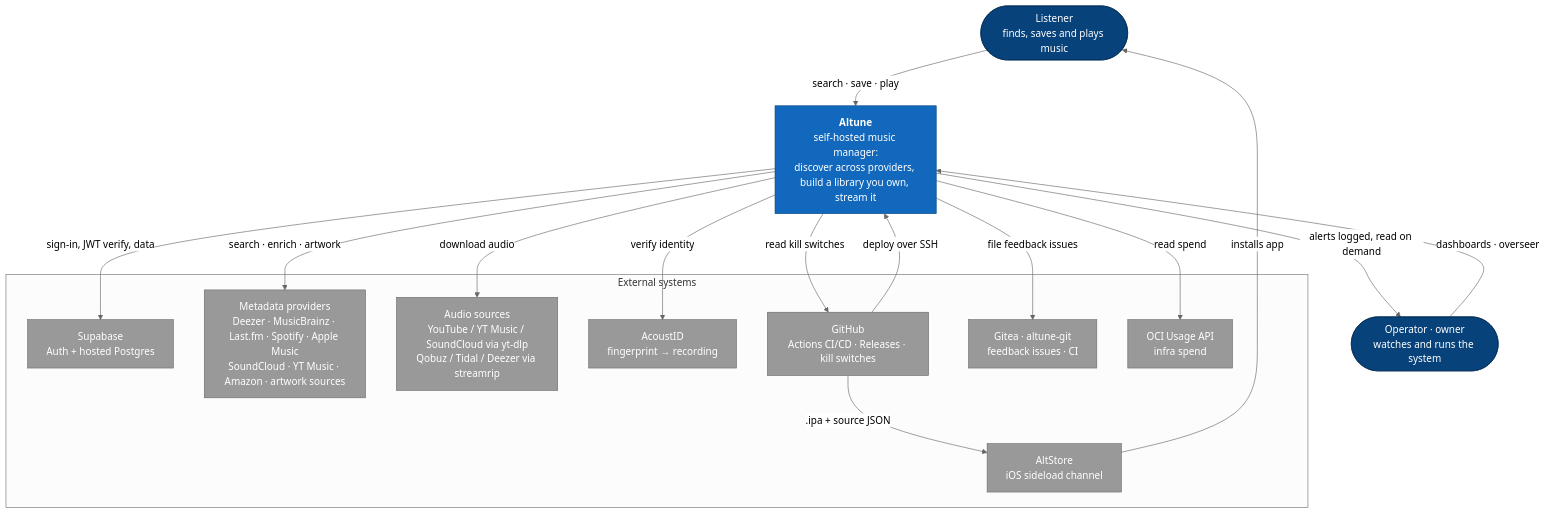
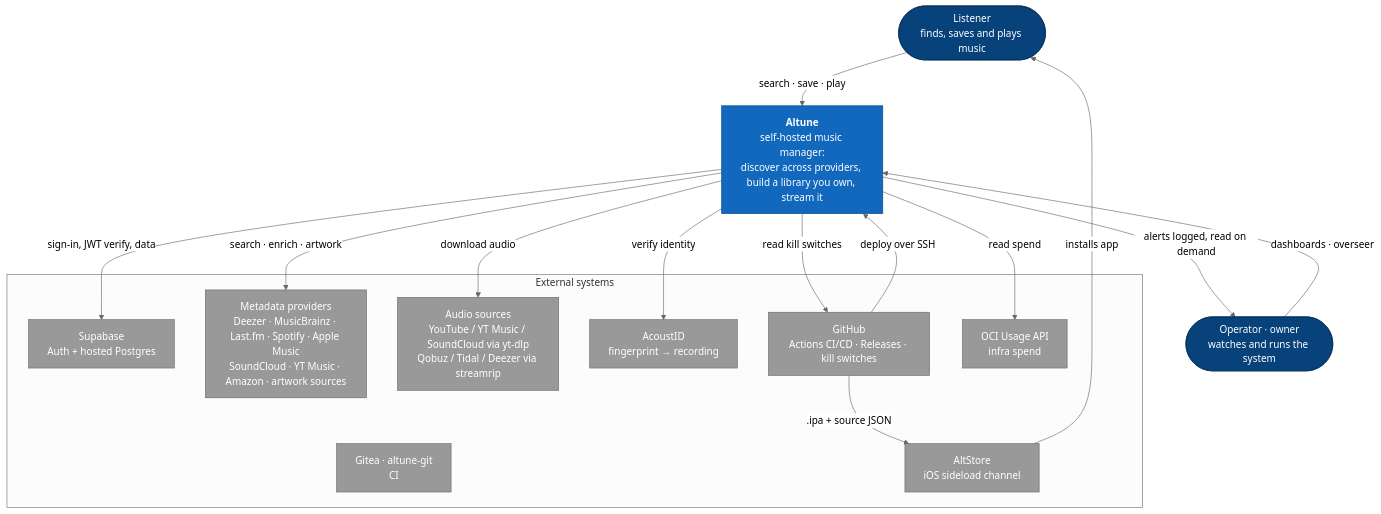
Before and after one commit to aleburrascano/altune: the first of 3 diagrams in docs/diagrams/system.md, drawn with Mermaid (neutral theme). The commit also changed other lines of this file and 42 other files, not shown here.

````diff
--- a/docs/diagrams/system.md
+++ b/docs/diagrams/system.md
@@ -7,39 +7,38 @@
 ```mermaid
 flowchart TD
     listener(["Listener<br/>finds, saves and plays music"])
     operator(["Operator · owner<br/>watches and runs the system"])
 
     altune["<b>Altune</b><br/>self-hosted music manager:<br/>discover across providers, build a library you own, stream it"]
 
     subgraph ext [External systems]
         supa["Supabase<br/>Auth + hosted Postgres"]
         meta["Metadata providers<br/>Deezer · MusicBrainz · Last.fm · Spotify · Apple Music<br/>SoundCloud · YT Music · Amazon · artwork sources"]
         sources["Audio sources<br/>YouTube / YT Music / SoundCloud via yt-dlp<br/>Qobuz / Tidal / Deezer via streamrip"]
         acoustid["AcoustID<br/>fingerprint → recording"]
         github["GitHub<br/>Actions CI/CD · Releases · kill switches"]
-        gitea["Gitea · altune-git<br/>feedback issues · CI"]
+        gitea["Gitea · altune-git<br/>CI"]
         altstore["AltStore<br/>iOS sideload channel"]
         ociusage["OCI Usage API<br/>infra spend"]
     end
 
     listener -->|search · save · play| altune
     operator -->|dashboards · overseer| altune
     altune -->|sign-in, JWT verify, data| supa
     altune -->|search · enrich · artwork| meta
     altune -->|download audio| sources
     altune -->|verify identity| acoustid
     altune -->|read kill switches| github
-    altune -->|file feedback issues| gitea
     github -->|deploy over SSH| altune
     altune -->|alerts logged, read on demand| operator
     altstore -->|installs app| listener
     github -->|.ipa + source JSON| altstore
     altune -->|read spend| ociusage
 
     classDef sys fill:#1168bd,color:#fff,stroke:#0b4884
     classDef person fill:#08427b,color:#fff,stroke:#052e56
     classDef external fill:#999,color:#fff,stroke:#6b6b6b
     class altune sys
     class listener,operator person
     class supa,meta,sources,acoustid,github,gitea,altstore,ociusage external
 ```
````
